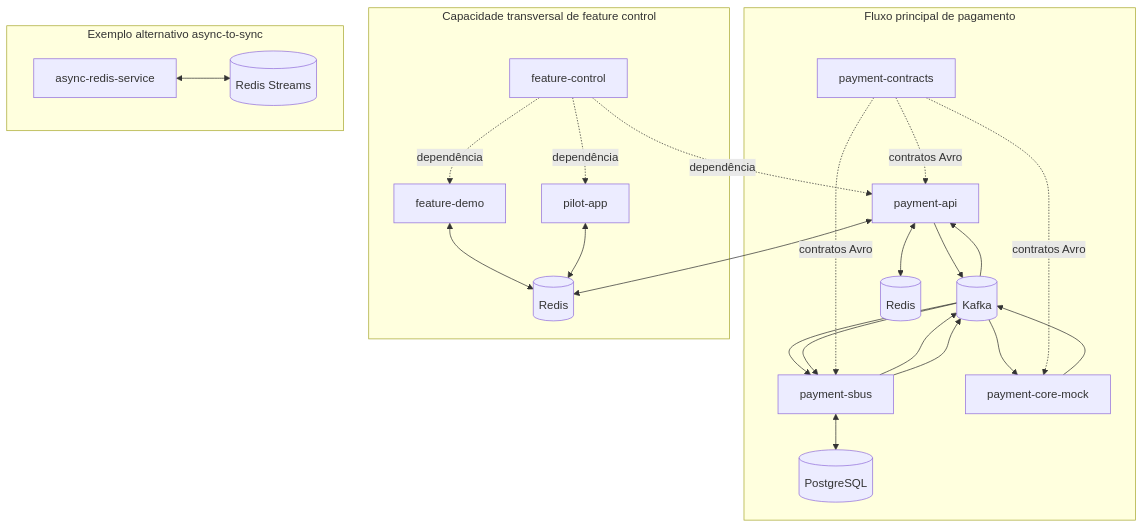
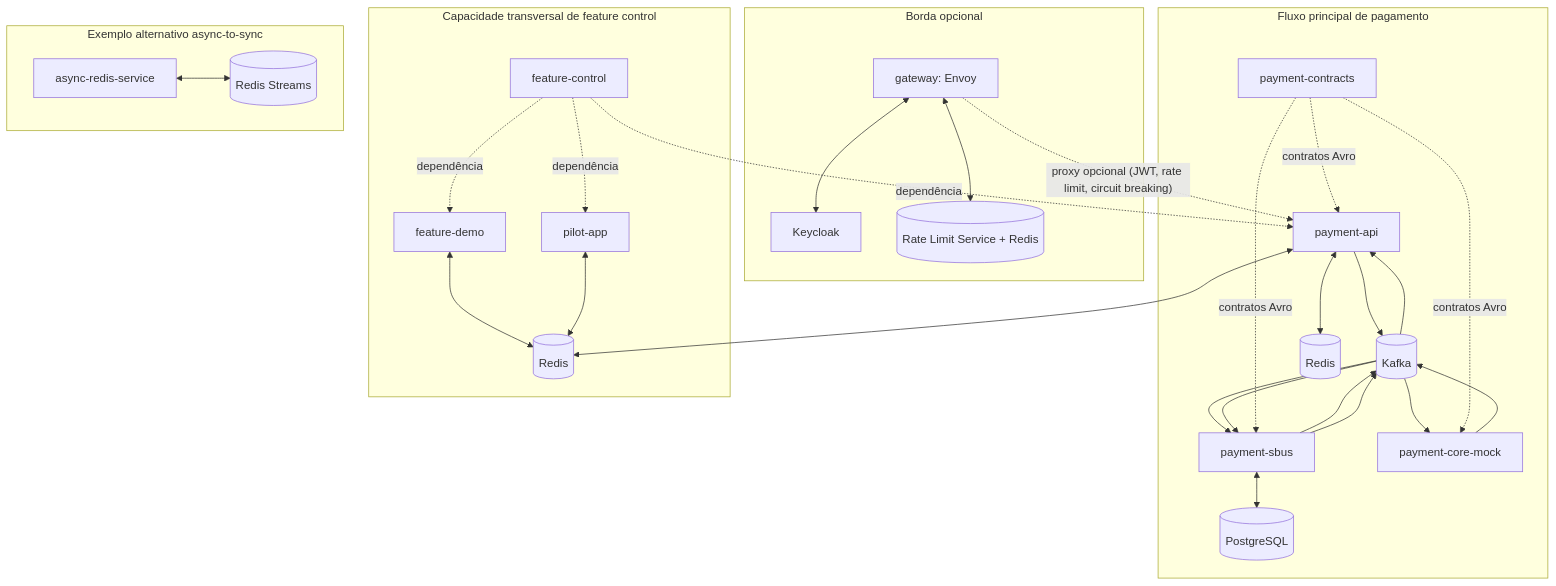
One commit to tvpl/payment-async-poc changed the diagram in docs/workspace-architecture.md. Above: the diagram before and after it, drawn with Mermaid. The commit also changed other lines of this file and 26 other files, not shown here.

````diff
--- a/docs/workspace-architecture.md
+++ b/docs/workspace-architecture.md
@@ -23,42 +24,53 @@
 ```mermaid
 flowchart TB
+    subgraph edge[Borda opcional]
+        gw[gateway: Envoy]
+        kc[Keycloak]
+        rls[(Rate Limit Service + Redis)]
+
+        gw <--> kc
+        gw <--> rls
+    end
+
     subgraph payment[Fluxo principal de pagamento]
         api[payment-api]
         sbus[payment-sbus]
         core[payment-core-mock]
         contracts[payment-contracts]
         kafka[(Kafka)]
         redis[(Redis)]
         pg[(PostgreSQL)]
 
         api <--> redis
         api --> kafka --> sbus
         sbus <--> pg
         sbus --> kafka --> core
         core --> kafka --> sbus
         sbus --> kafka --> api
         contracts -. "contratos Avro" .-> api
         contracts -. "contratos Avro" .-> sbus
         contracts -. "contratos Avro" .-> core
     end
+
+    gw -. "proxy opcional (JWT, rate limit, circuit breaking)" .-> api
 
     subgraph flags[Capacidade transversal de feature control]
         lib[feature-control]
         demo[feature-demo]
         pilot[pilot-app]
         flagsRedis[(Redis)]
 
         lib -. "dependência" .-> api
         lib -. "dependência" .-> demo
         lib -. "dependência" .-> pilot
         api <--> flagsRedis
         demo <--> flagsRedis
         pilot <--> flagsRedis
     end
 
     subgraph redisPattern[Exemplo alternativo async-to-sync]
         async[async-redis-service]
         jobs[(Redis Streams)]
         async <--> jobs
     end
 ```
````
